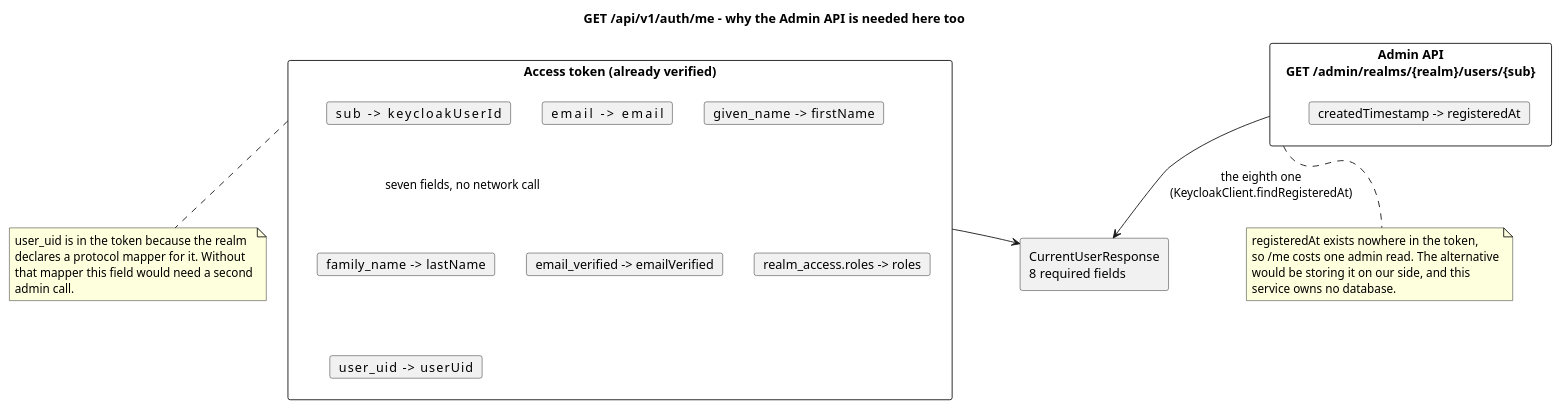
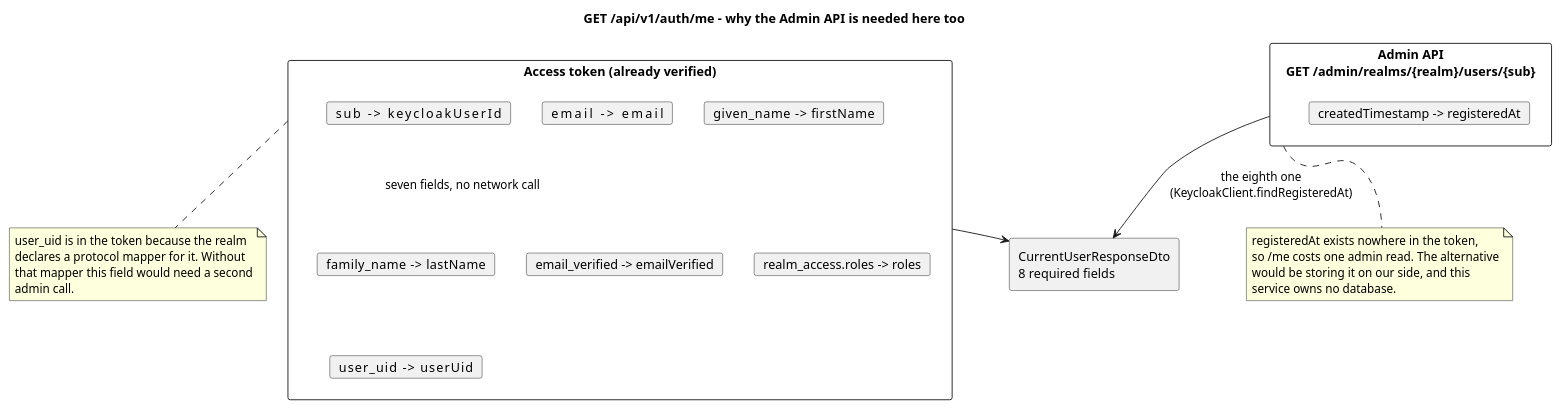
Before and after one commit to dezxxx/payment-platform: the third of 4 diagrams in docs/puml-diagrams/keycloak-client.puml, drawn with PlantUML. The commit also changed other lines of this file and 20 other files, not shown here.

```diff
--- a/docs/puml-diagrams/keycloak-client.puml
+++ b/docs/puml-diagrams/keycloak-client.puml
@@ -178,39 +179,39 @@
 @startuml keycloak-me
 title GET /api/v1/auth/me - why the Admin API is needed here too
 
 skinparam shadowing false
 
 rectangle "Access token (already verified)" as Tok {
   card "sub            -> keycloakUserId" as c1
   card "email          -> email" as c2
   card "given_name     -> firstName" as c3
   card "family_name    -> lastName" as c4
   card "email_verified -> emailVerified" as c5
   card "realm_access.roles -> roles" as c6
   card "user_uid       -> userUid" as c7
 }
 
 rectangle "Admin API\nGET /admin/realms/{realm}/users/{sub}" as Adm {
   card "createdTimestamp -> registeredAt" as c8
 }
 
-rectangle "CurrentUserResponse\n8 required fields" as Out
+rectangle "CurrentUserResponseDto\n8 required fields" as Out
 
 Tok --> Out : seven fields, no network call
 Adm --> Out : the eighth one\n(KeycloakClient.findRegisteredAt)
 
 note bottom of Tok
   user_uid is in the token because the realm
   declares a protocol mapper for it. Without
   that mapper this field would need a second
   admin call.
 end note
 
 note bottom of Adm
   registeredAt exists nowhere in the token,
   so /me costs one admin read. The alternative
   would be storing it on our side, and this
   service owns no database.
 end note
 
 @enduml
```
